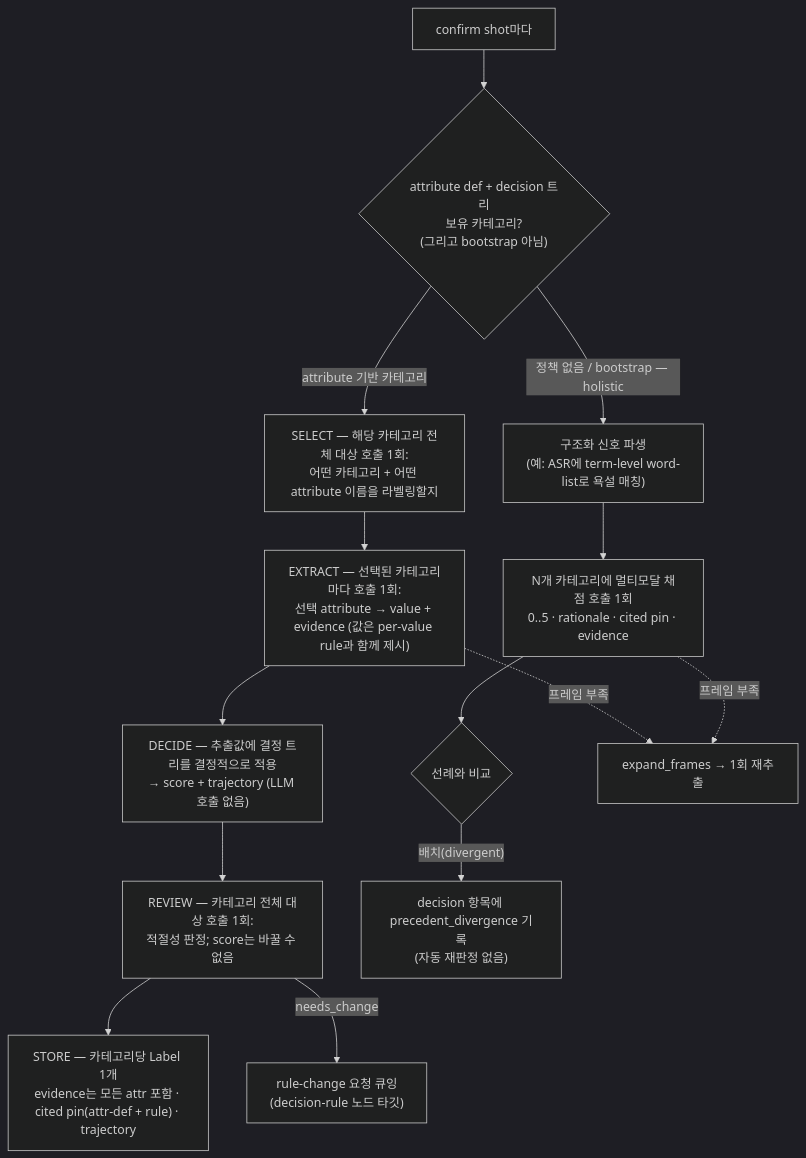
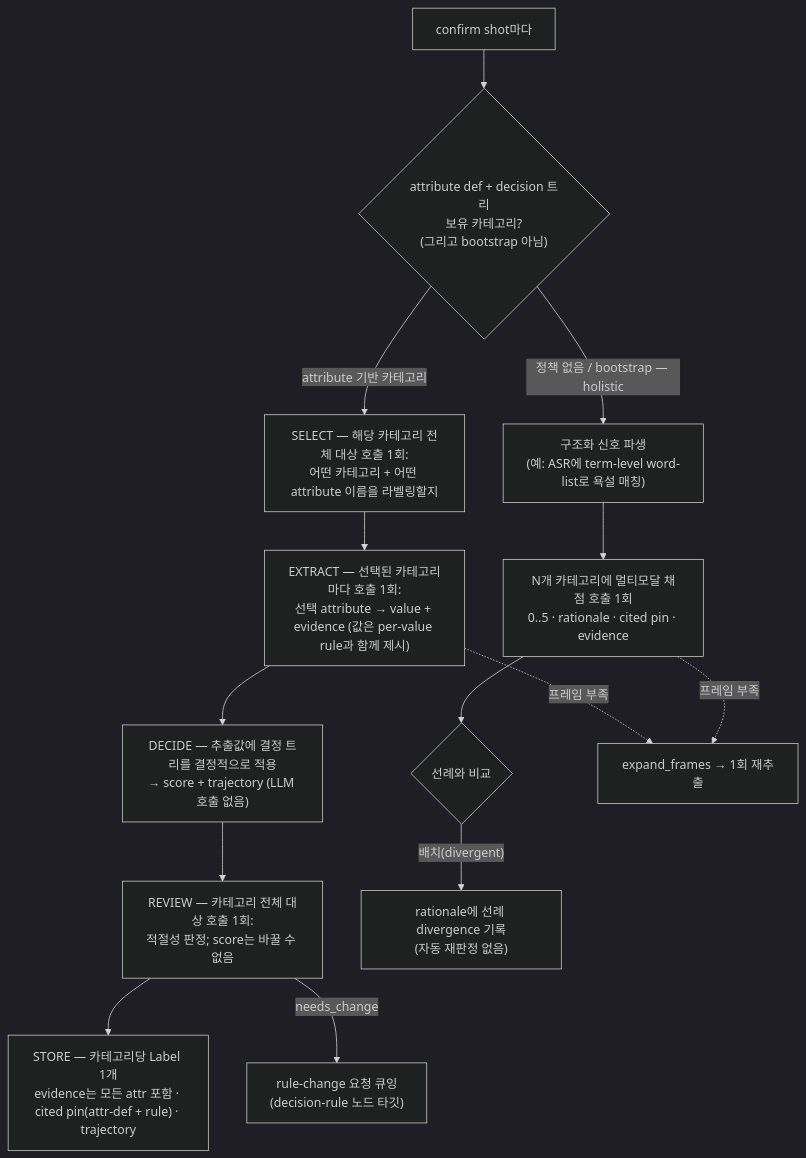
The second of 2 diagrams in docs/AGENT_WORKFLOW.ko.md (jhoowy/GV-Auto-Labelling-Agent), drawn with Mermaid (dark theme) before and after one commit. The commit also changed other lines of this file and 6 other files, not shown here.

````diff
--- a/docs/AGENT_WORKFLOW.ko.md
+++ b/docs/AGENT_WORKFLOW.ko.md
@@ -83,20 +83,20 @@
 ```mermaid
 flowchart TB
   IN["confirm shot마다"]
   IN --> Q{"attribute def + decision 트리<br/>보유 카테고리?<br/>(그리고 bootstrap 아님)"}
 
   Q -->|"attribute 기반 카테고리"| SEL["SELECT — 해당 카테고리 전체 대상 호출 1회:<br/>어떤 카테고리 + 어떤 attribute 이름을 라벨링할지"]
   SEL --> EXT["EXTRACT — 선택된 카테고리마다 호출 1회:<br/>선택 attribute → value + evidence (값은 per-value rule과 함께 제시)"]
   EXT --> DEC["DECIDE — 추출값에 결정 트리를 결정적으로 적용<br/>→ score + trajectory (LLM 호출 없음)"]
   DEC --> REV["REVIEW — 카테고리 전체 대상 호출 1회:<br/>적절성 판정; score는 바꿀 수 없음"]
   REV --> STO["STORE — 카테고리당 Label 1개<br/>evidence는 모든 attr 포함 · cited pin(attr-def + rule) · trajectory"]
   REV -->|"needs_change"| RC["rule-change 요청 큐잉<br/>(decision-rule 노드 타깃)"]
 
   Q -->|"정책 없음 / bootstrap — holistic"| HD["구조화 신호 파생<br/>(예: ASR에 term-level word-list로 욕설 매칭)"]
   HD --> HS["N개 카테고리에 멀티모달 채점 호출 1회<br/>0..5 · rationale · cited pin · evidence"]
   HS --> CK{"선례와 비교"}
-  CK -->|"배치(divergent)"| ISS["decision 항목에 precedent_divergence 기록<br/>(자동 재판정 없음)"]
+  CK -->|"배치(divergent)"| ISS["rationale에 선례 divergence 기록<br/>(자동 재판정 없음)"]
 
   EXT -.->|"프레임 부족"| EXP["expand_frames → 1회 재추출"]
   HS -.->|"프레임 부족"| EXP
 ```
````
